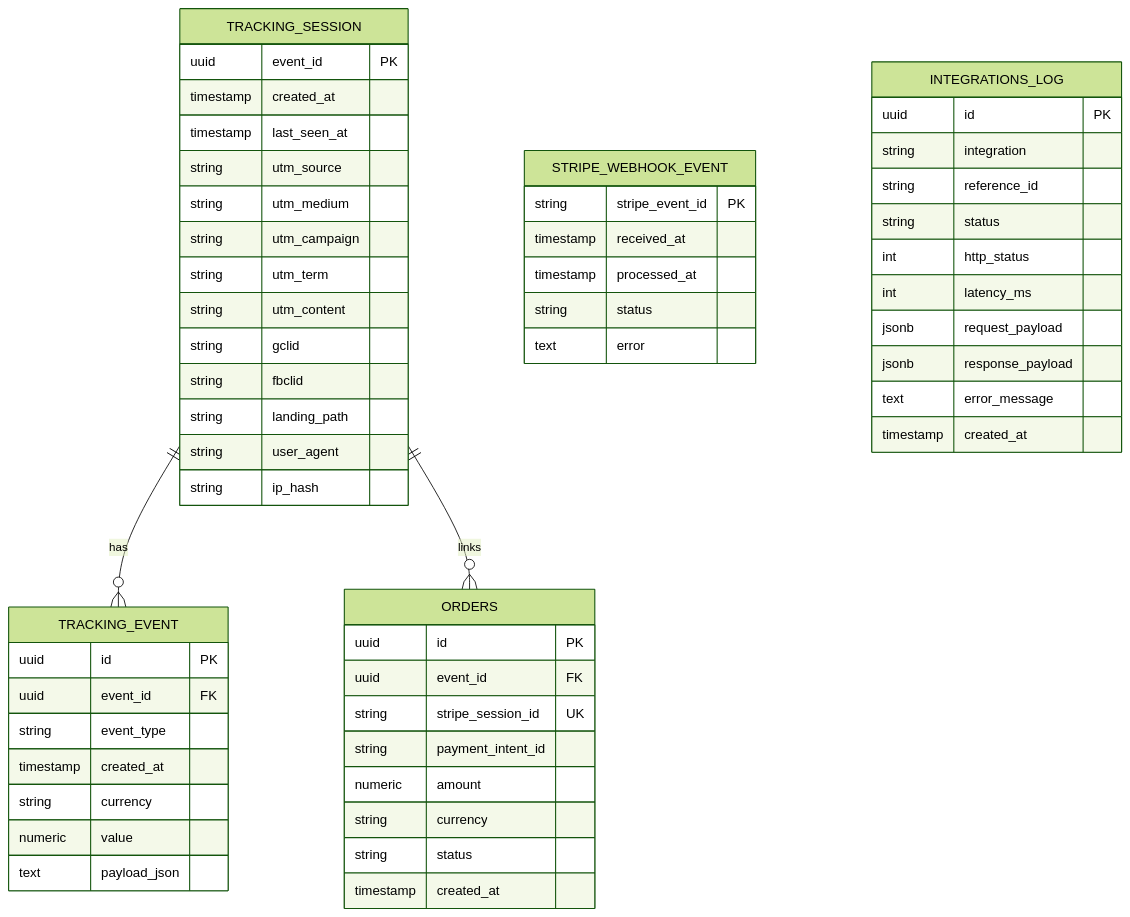
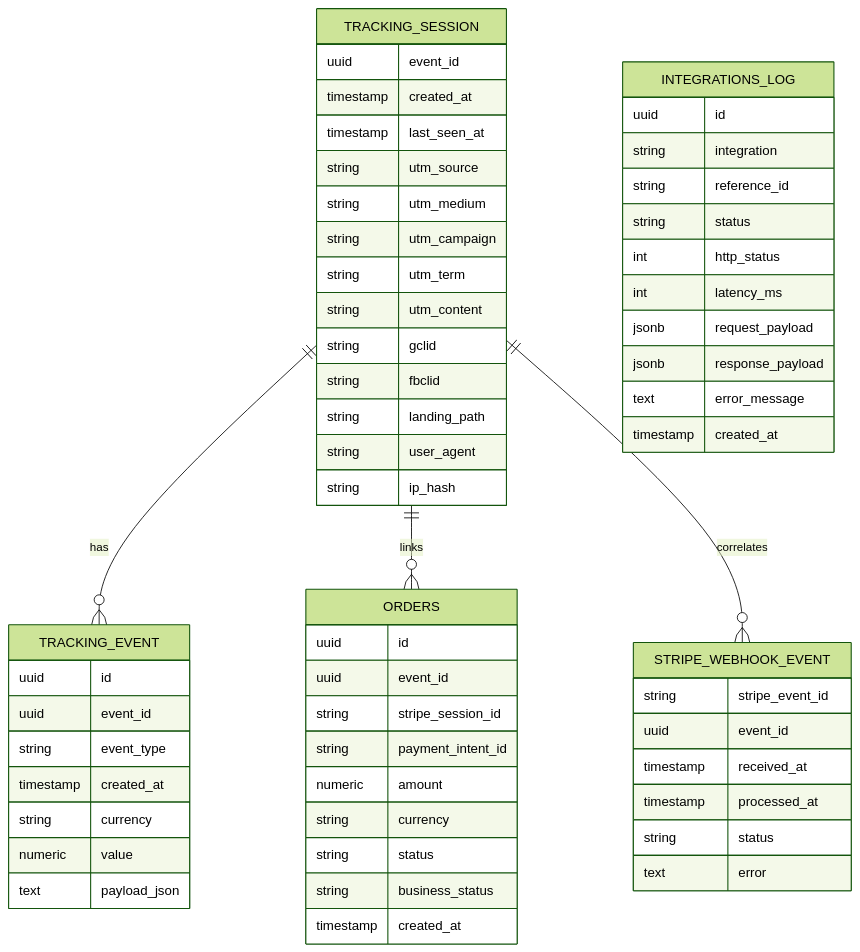
The diagram in infra/modelo_bdd.md (No-Country-simulation/S02-26-Equipo-15-Web-App-Development), drawn with Mermaid (forest theme) before and after one commit. The commit also changed other lines of this file and 5 other files, not shown here.

Commit message:
docs: refresh project, architecture and database documentation

````diff
--- a/infra/modelo_bdd.md
+++ b/infra/modelo_bdd.md
@@ -4,63 +5,66 @@
 ```mermaid
 erDiagram
   TRACKING_SESSION {
-    uuid event_id PK
+    uuid event_id
     timestamp created_at
     timestamp last_seen_at
     string utm_source
     string utm_medium
     string utm_campaign
     string utm_term
     string utm_content
     string gclid
     string fbclid
     string landing_path
     string user_agent
     string ip_hash
   }
 
   TRACKING_EVENT {
-    uuid id PK
-    uuid event_id FK
+    uuid id
+    uuid event_id
     string event_type
     timestamp created_at
     string currency
     numeric value
     text payload_json
   }
 
   ORDERS {
-    uuid id PK
-    uuid event_id FK
-    string stripe_session_id UK
+    uuid id
+    uuid event_id
+    string stripe_session_id
     string payment_intent_id
     numeric amount
     string currency
     string status
+    string business_status
     timestamp created_at
   }
 
   STRIPE_WEBHOOK_EVENT {
-    string stripe_event_id PK
+    string stripe_event_id
+    uuid event_id
     timestamp received_at
     timestamp processed_at
     string status
     text error
   }
 
   INTEGRATIONS_LOG {
-    uuid id PK
+    uuid id
     string integration
     string reference_id
     string status
     int http_status
     int latency_ms
     jsonb request_payload
     jsonb response_payload
     text error_message
     timestamp created_at
   }
 
   TRACKING_SESSION ||--o{ TRACKING_EVENT : has
   TRACKING_SESSION ||--o{ ORDERS : links
+  TRACKING_SESSION ||--o{ STRIPE_WEBHOOK_EVENT : correlates
 ```
````
